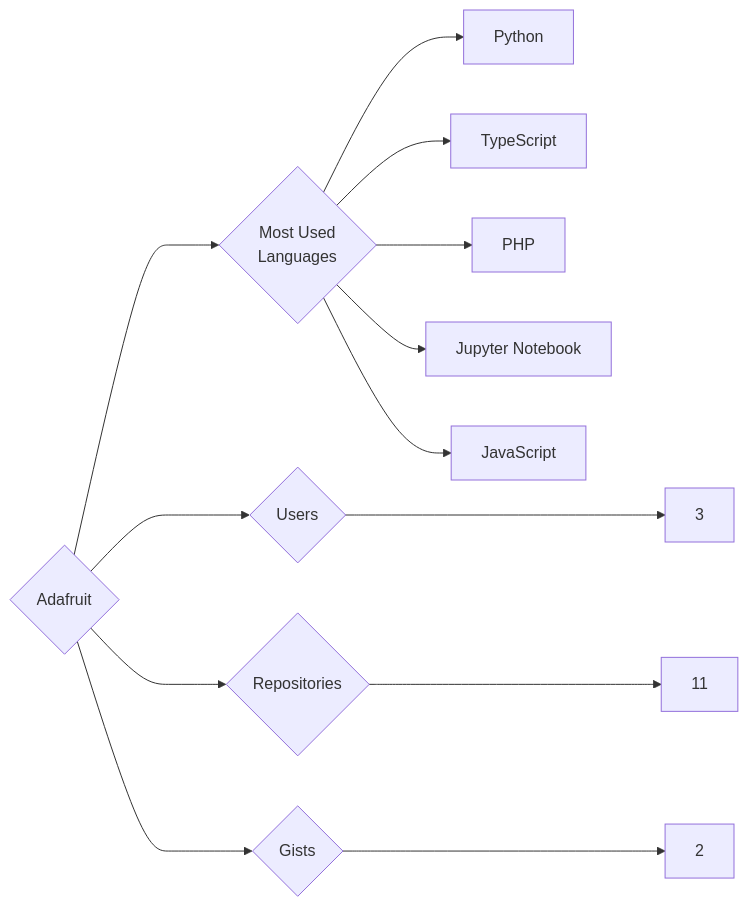
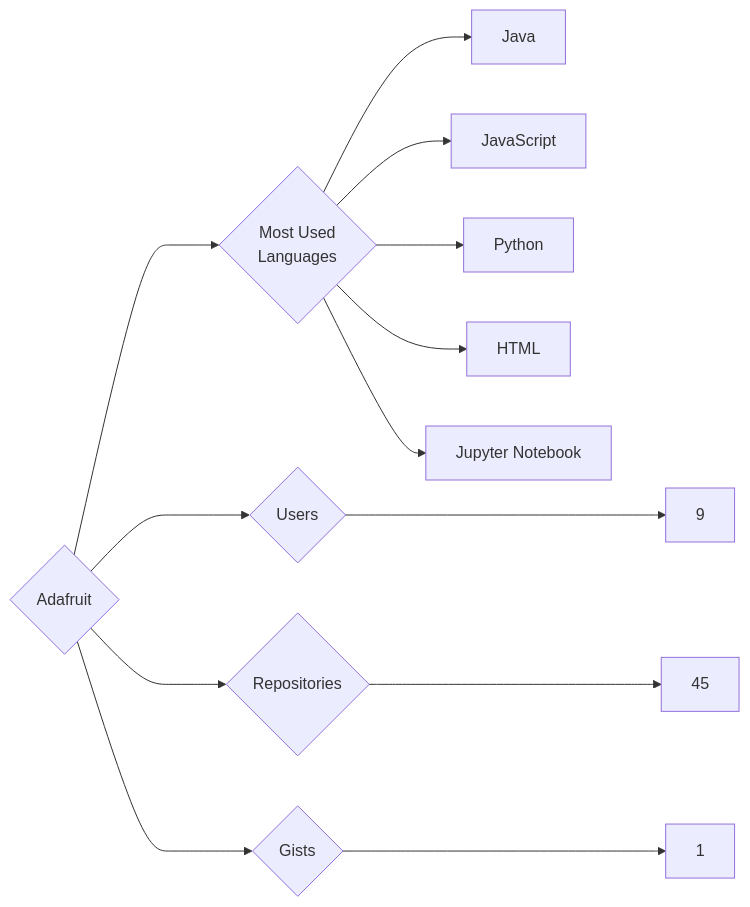
One commit to trickest/insiders changed the diagram in targets/Adafruit/README.md. Above: the diagram before and after it, drawn with Mermaid. The commit also changed 783 other files, not shown here.

````diff
--- a/targets/Adafruit/README.md
+++ b/targets/Adafruit/README.md
@@ -3,13 +3,13 @@
 ```mermaid
 graph LR
 COMPANY_NAME{Adafruit}
-COMPANY_NAME ---> U{Users} ---> UN[3]
-COMPANY_NAME ---> R{Repositories} ---> RN[11]
-COMPANY_NAME ---> G{Gists} ---> GN[2]
+COMPANY_NAME ---> U{Users} ---> UN[9]
+COMPANY_NAME ---> R{Repositories} ---> RN[45]
+COMPANY_NAME ---> G{Gists} ---> GN[1]
 COMPANY_NAME ---> ML{Most Used<br>Languages}
+ML --> Java[Java]
+ML --> JavaScript[JavaScript]
 ML --> Python[Python]
-ML --> TypeScript[TypeScript]
-ML --> PHP[PHP]
+ML --> HTML[HTML]
 ML --> Jupyter_Notebook[Jupyter Notebook]
-ML --> JavaScript[JavaScript]
 ```
````
